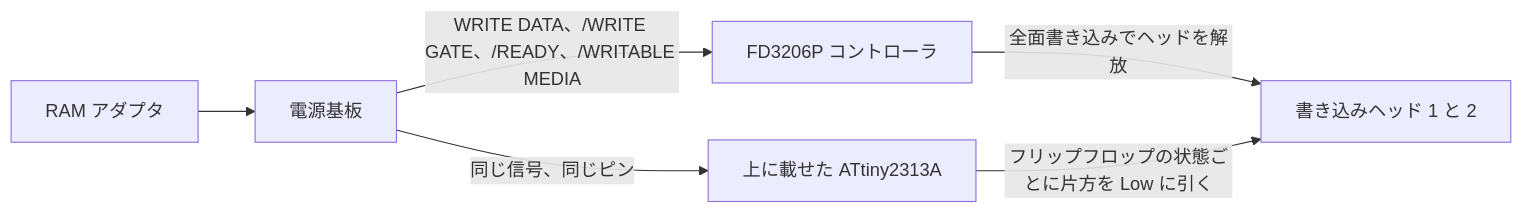
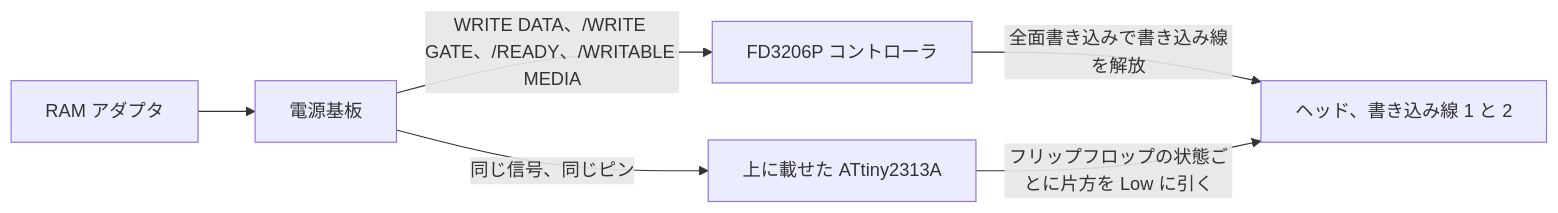
The diagram in README.ja.md (gufranco/fd3206-write-unlock), drawn with Mermaid before and after one commit. The commit also changed other lines of this file and 25 other files, not shown here.

````diff
--- a/README.ja.md
+++ b/README.ja.md
@@ -109,8 +109,8 @@
 ```mermaid
 graph LR
     RAM[RAM アダプタ] --> PWR[電源基板]
     PWR -->|WRITE DATA、/WRITE GATE、/READY、/WRITABLE MEDIA| FD[FD3206P コントローラ]
     PWR -->|同じ信号、同じピン| AT[上に載せた ATtiny2313A]
-    FD -->|全面書き込みでヘッドを解放| HEADS[書き込みヘッド 1 と 2]
-    AT -->|フリップフロップの状態ごとに片方を Low に引く| HEADS
+    FD -->|全面書き込みで書き込み線を解放| HEAD[ヘッド、書き込み線 1 と 2]
+    AT -->|フリップフロップの状態ごとに片方を Low に引く| HEAD
 ```
````
